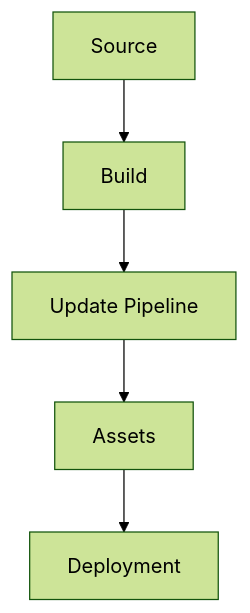
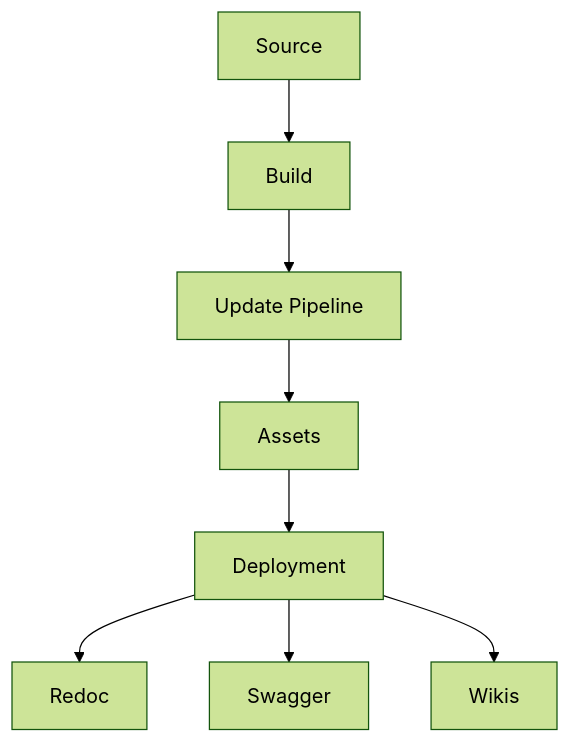
The second of 5 diagrams in docs/home/multi-stage-environments.md (GuiPimenta-Dev/lambda-forge-docs), drawn with Mermaid (forest theme) before and after one commit. The commit also changed other lines of this file and 66 other files, not shown here.

````diff
--- a/docs/home/multi-stage-environments.md
+++ b/docs/home/multi-stage-environments.md
@@ -95,7 +143,10 @@
 ```mermaid
 graph TD;
     Source --> Build;
     Build --> UpdatePipeline[Update Pipeline]
     UpdatePipeline --> Assets
     Assets --> Deployment
+    Deployment --> Redoc
+    Deployment --> Swagger
+    Deployment --> Wikis
 ```
````
